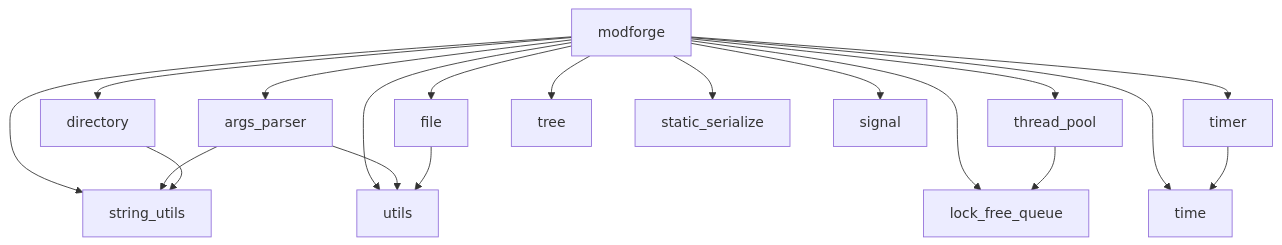
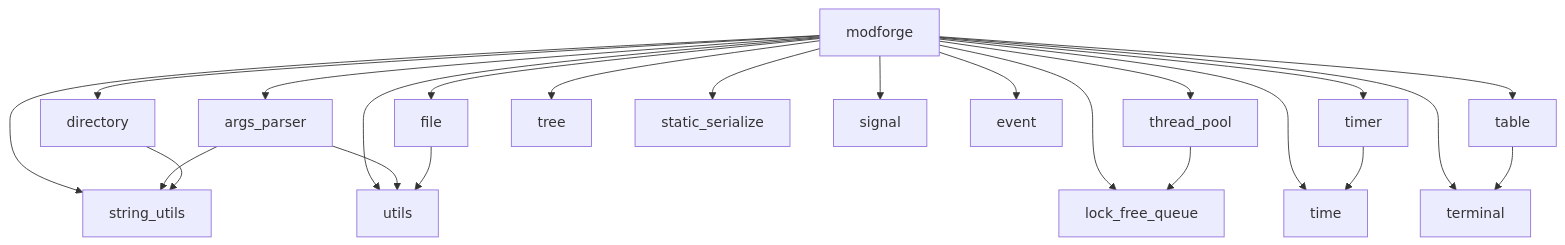
Before and after one commit to hexne/modforge: the diagram in README.md, drawn with Mermaid. The commit also changed other lines of this file and 1 other file, not shown here.

````diff
--- a/README.md
+++ b/README.md
@@ -35,22 +41,26 @@
 ```mermaid
 graph TD
     modforge --> args_parser
     modforge --> directory
     modforge --> file
     modforge --> lock_free_queue
     modforge --> thread_pool
     modforge --> time
     modforge --> timer
     modforge --> tree
     modforge --> utils
     modforge --> string_utils
     modforge --> static_serialize
     modforge --> signal
+    modforge --> event
+    modforge --> terminal
+    modforge --> table
 
     args_parser --> string_utils
     args_parser --> utils
     directory --> string_utils
     file --> utils
     thread_pool --> lock_free_queue
     timer --> time
+    table --> terminal
 ```
````
